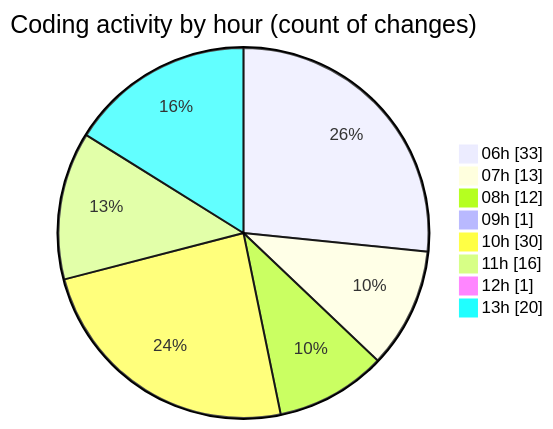
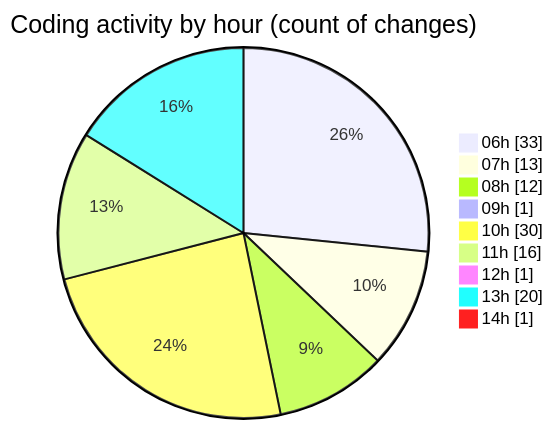
One commit to charlie-sans/code-tracking changed the second of 2 diagrams in 2025-02-21/micros/README.md. Above: the diagram before and after it, drawn with Mermaid. The commit also changed other lines of this file and 1 other file, not shown here.

````diff
--- a/2025-02-21/micros/README.md
+++ b/2025-02-21/micros/README.md
@@ -89,12 +89,13 @@
 ```mermaid
 pie showData
 title Coding activity by hour (count of changes)
 "06h" : 33
 "07h" : 13
 "08h" : 12
 "09h" : 1
 "10h" : 30
 "11h" : 16
 "12h" : 1
 "13h" : 20
+"14h" : 1
 ```
````
